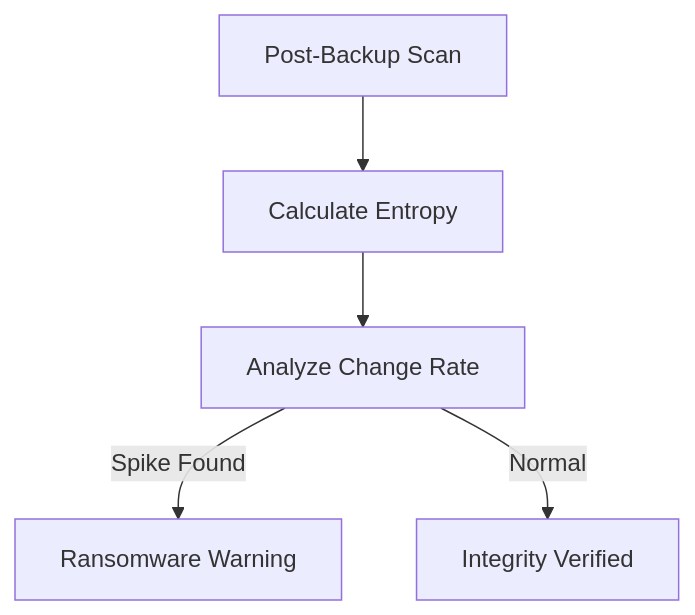
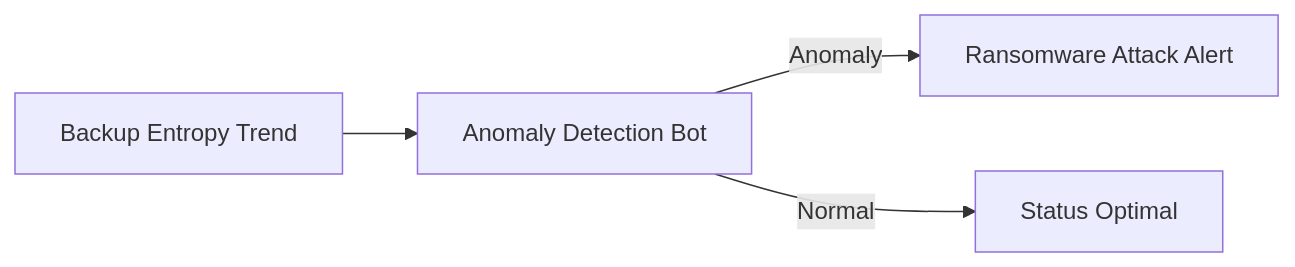
The tenth of 11 diagrams in README.md (Devopstrio/immutable-backup-design), drawn with Mermaid before and after one commit. The commit also changed other lines of this file, not shown here.

Commit message:
docs: implement 11+ professional architecture diagrams for immutable backup platform

````diff
--- a/README.md
+++ b/README.md
@@ -142,7 +192,6 @@
 ```mermaid
-graph TD
-    Scan[Post-Backup Scan] --> Entropy[Calculate Entropy]
-    Entropy --> Change[Analyze Change Rate]
-    Change -->|Spike Found| Alert[Ransomware Warning]
-    Change -->|Normal| Pass[Integrity Verified]
+graph LR
+    Entropy["Backup Entropy Trend"] --> Analyzer["Anomaly Detection Bot"]
+    Analyzer -->|Anomaly| Alert["Ransomware Attack Alert"]
+    Analyzer -->|Normal| Pass["Status Optimal"]
 ```
````
